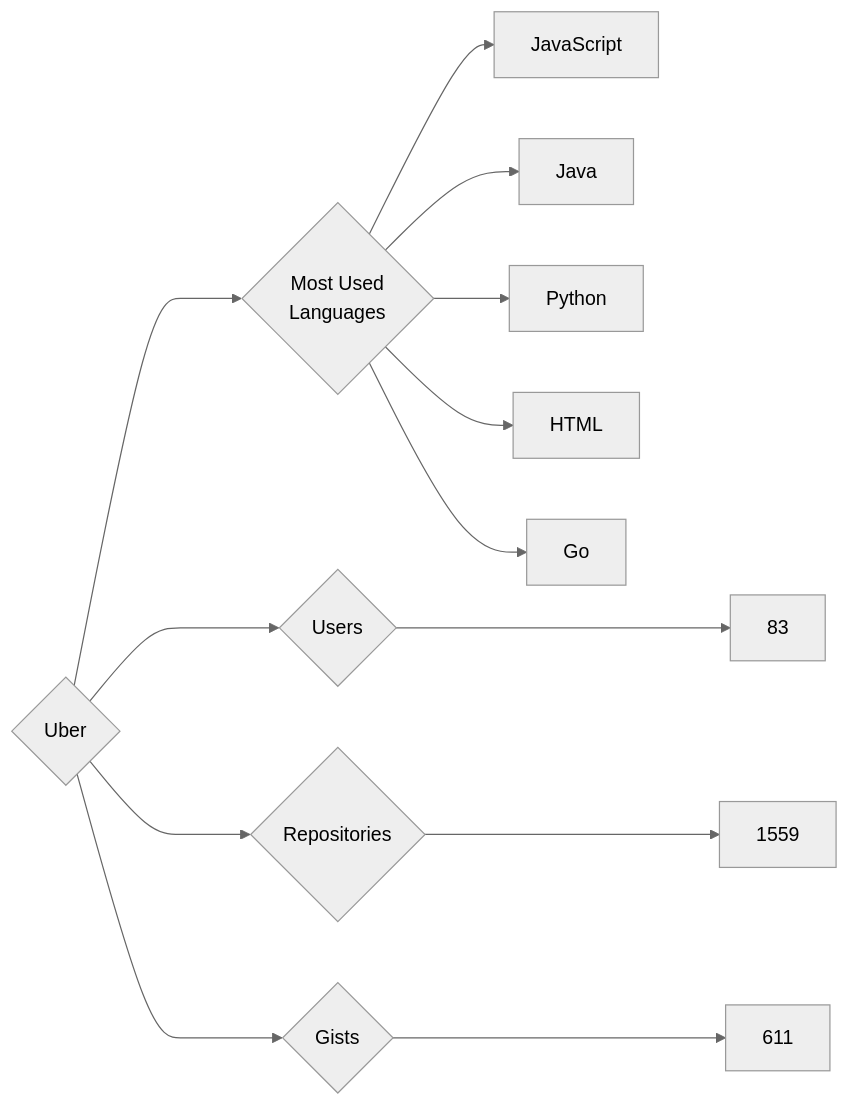
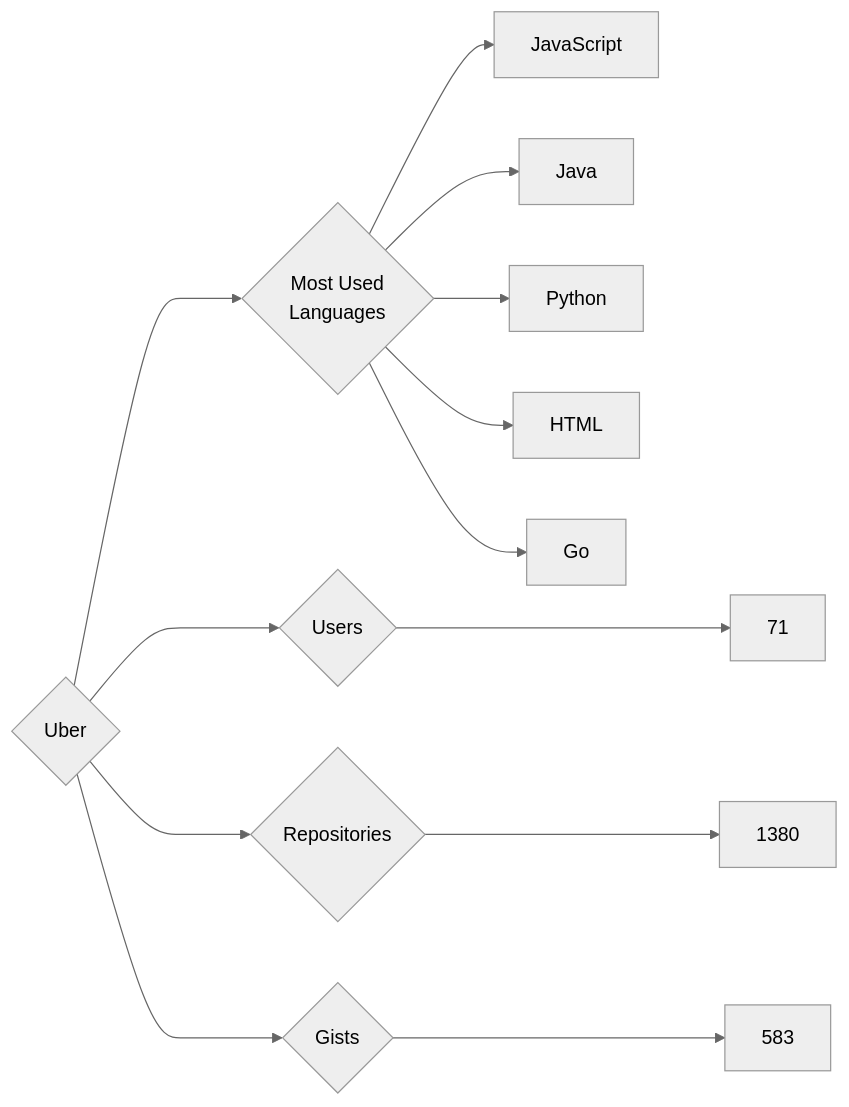
Before and after one commit to trickest/insiders: the diagram in targets/Uber/README.md, drawn with Mermaid (neutral theme). The commit also changed 815 other files, not shown here.

````diff
--- a/targets/Uber/README.md
+++ b/targets/Uber/README.md
@@ -3,13 +3,13 @@
 ```mermaid
 graph LR
 COMPANY_NAME{Uber}
-COMPANY_NAME ---> U{Users} ---> UN[83]
-COMPANY_NAME ---> R{Repositories} ---> RN[1559]
-COMPANY_NAME ---> G{Gists} ---> GN[611]
+COMPANY_NAME ---> U{Users} ---> UN[71]
+COMPANY_NAME ---> R{Repositories} ---> RN[1380]
+COMPANY_NAME ---> G{Gists} ---> GN[583]
 COMPANY_NAME ---> ML{Most Used<br>Languages}
 ML --> JavaScript[JavaScript]
 ML --> Java[Java]
 ML --> Python[Python]
 ML --> HTML[HTML]
 ML --> Go[Go]
 ```
````
